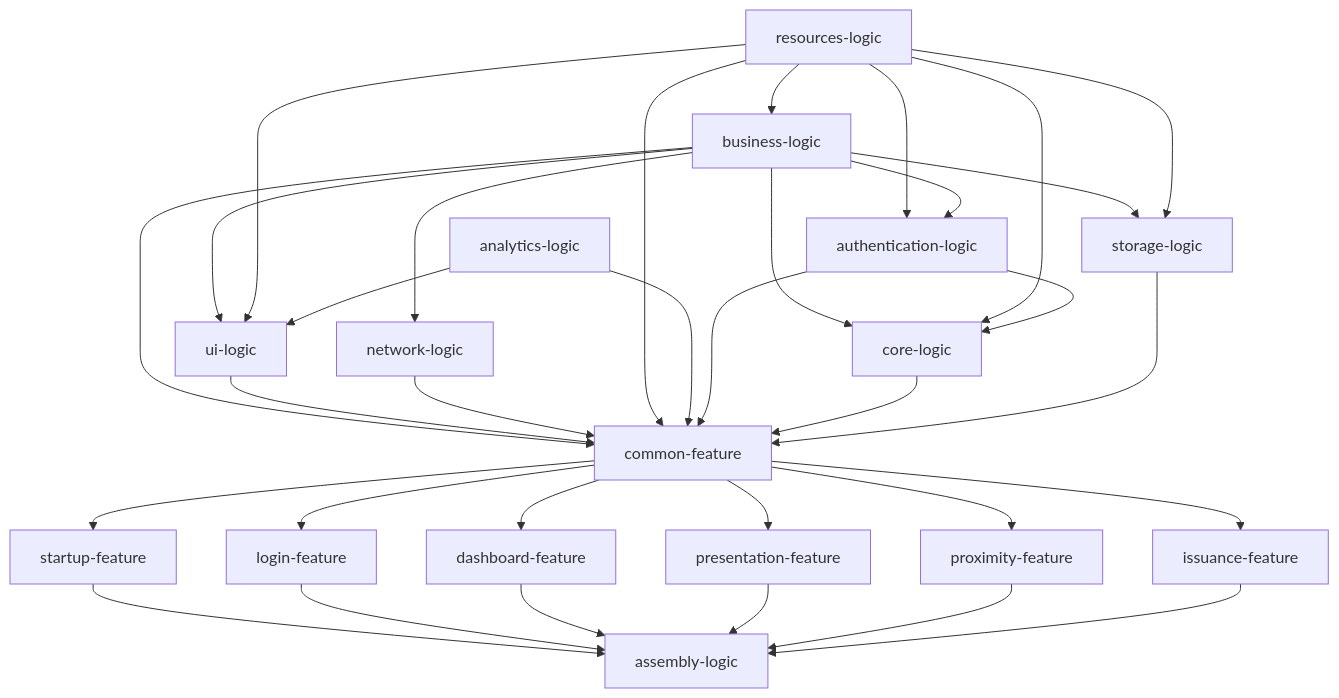
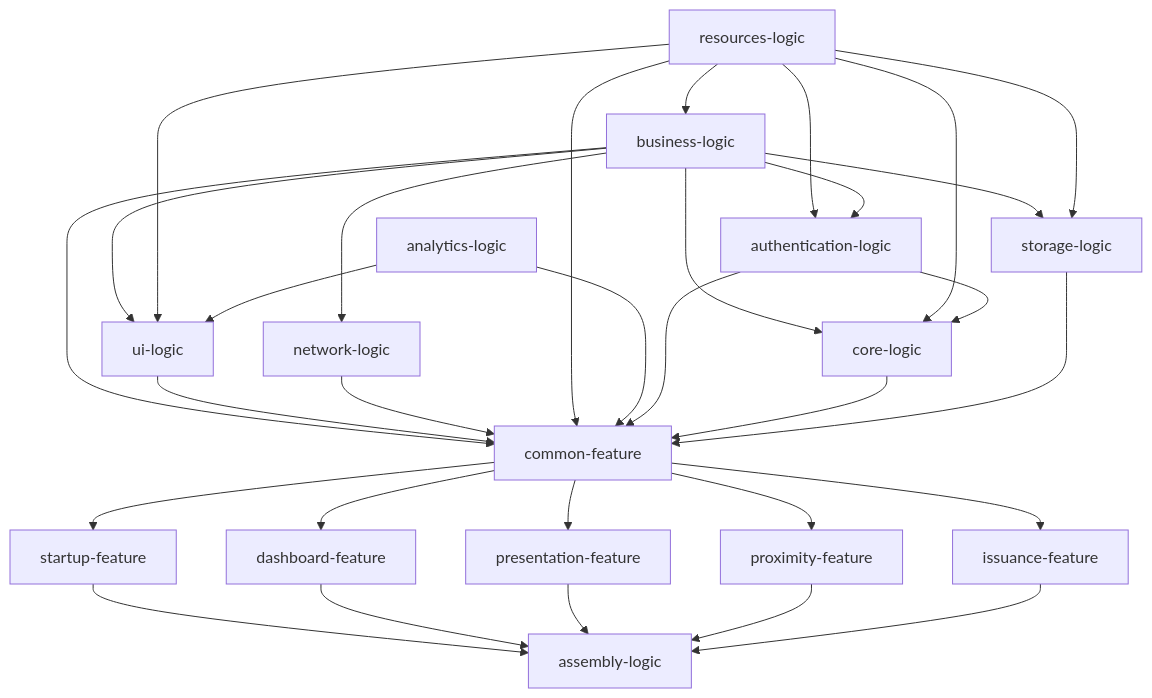
Before and after one commit to eu-digital-identity-wallet/eudi-app-android-wallet-ui: the diagram in README.md, drawn with Mermaid. The commit also changed other lines of this file and 21 other files, not shown here.

Commit message:
Login Feature module removed

````diff
--- a/README.md
+++ b/README.md
@@ -221,44 +219,42 @@
 ```mermaid
 graph TD;
   startup-feature --> assembly-logic
-  login-feature --> assembly-logic
   dashboard-feature --> assembly-logic
   presentation-feature --> assembly-logic
   proximity-feature --> assembly-logic
   issuance-feature --> assembly-logic
 
   common-feature --> startup-feature
-  common-feature --> login-feature
   common-feature --> dashboard-feature
   common-feature --> presentation-feature
   common-feature --> proximity-feature
   common-feature --> issuance-feature
 
   business-logic -->common-feature
   ui-logic -->common-feature
   network-logic -->common-feature
   resources-logic -->common-feature
   analytics-logic -->common-feature 
   authentication-logic -->common-feature 
   core-logic -->common-feature
   storage-logic -->common-feature 
 
   business-logic -->core-logic
   resources-logic -->core-logic
   authentication-logic -->core-logic
 
   business-logic -->ui-logic
   resources-logic -->ui-logic
   analytics-logic -->ui-logic
 
   business-logic -->network-logic
   
   business-logic -->storage-logic
 
   resources-logic -->storage-logic
 
   resources-logic -->business-logic
 
   resources-logic --> authentication-logic
   business-logic --> authentication-logic
 ```
````
